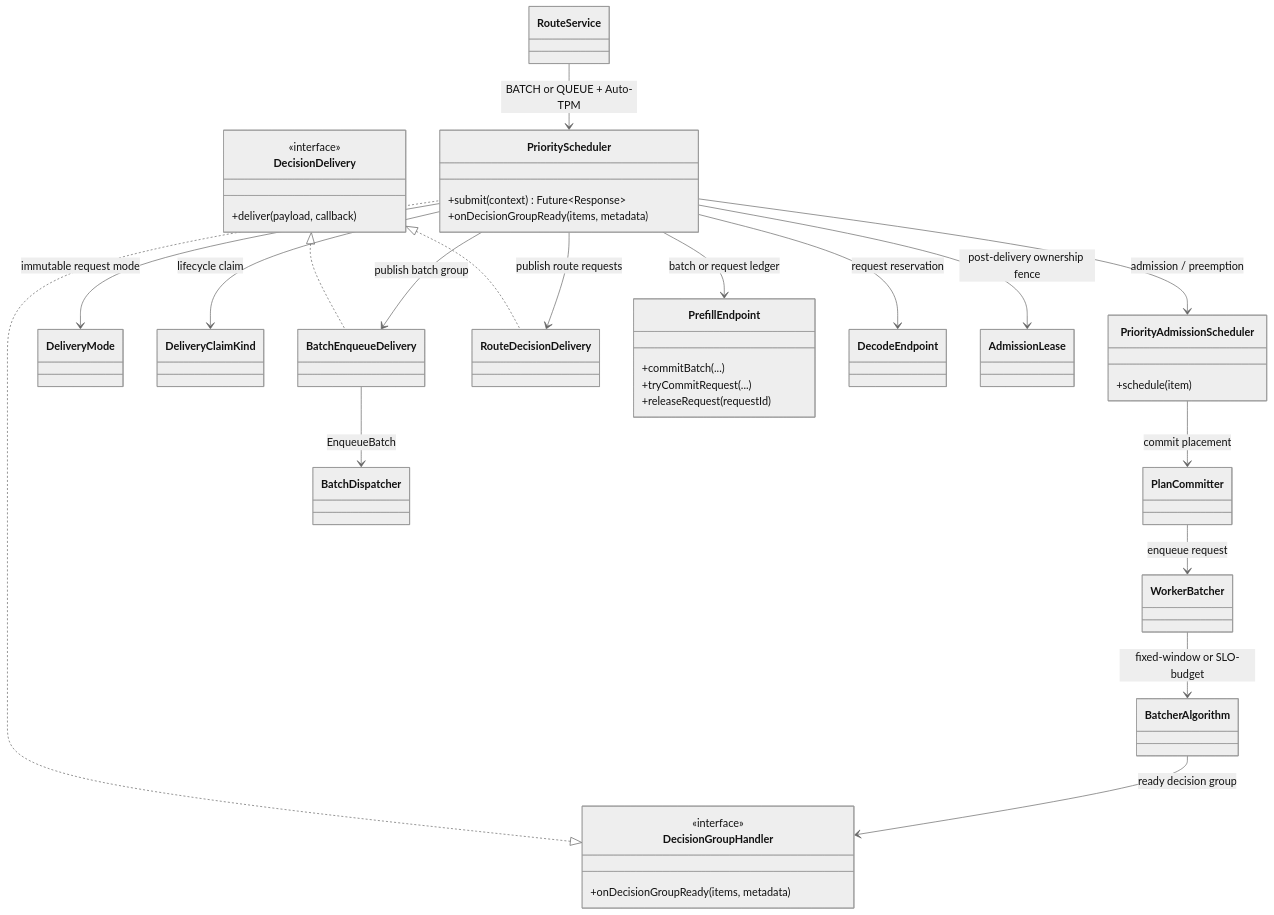
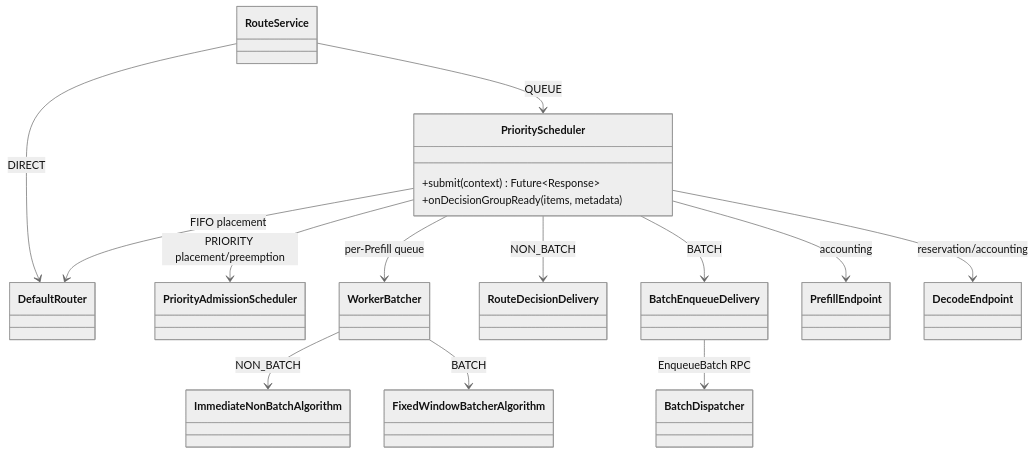
One commit to alibaba/rtp-llm changed the first of 2 diagrams in rtp_llm/flexlb/docs/priority-scheduler-delivery-modes.md. Above: the diagram before and after it, drawn with Mermaid (neutral theme). The commit also changed other lines of this file and 260 other files, not shown here.

````diff
--- a/rtp_llm/flexlb/docs/priority-scheduler-delivery-modes.md
+++ b/rtp_llm/flexlb/docs/priority-scheduler-delivery-modes.md
@@ -20,52 +26,31 @@
 ```mermaid
 classDiagram
     class RouteService
+    class DefaultRouter
     class PriorityScheduler {
         +submit(context) Future~Response~
         +onDecisionGroupReady(items, metadata)
     }
-    class PriorityAdmissionScheduler {
-        +schedule(item)
-    }
-    class PlanCommitter
+    class PriorityAdmissionScheduler
     class WorkerBatcher
-    class BatcherAlgorithm
-    class DecisionGroupHandler {
-        <<interface>>
-        +onDecisionGroupReady(items, metadata)
-    }
-    class DecisionDelivery {
-        <<interface>>
-        +deliver(payload, callback)
-    }
-    class DeliveryMode
-    class DeliveryClaimKind
+    class ImmediateNonBatchAlgorithm
+    class FixedWindowBatcherAlgorithm
+    class RouteDecisionDelivery
     class BatchEnqueueDelivery
-    class RouteDecisionDelivery
     class BatchDispatcher
-    class PrefillEndpoint {
-        +commitBatch(...)
-        +tryCommitRequest(...)
-        +releaseRequest(requestId)
-    }
+    class PrefillEndpoint
     class DecodeEndpoint
-    class AdmissionLease
 
-    RouteService --> PriorityScheduler : BATCH or QUEUE + Auto-TPM
-    PriorityScheduler --> PriorityAdmissionScheduler : admission / preemption
-    PriorityAdmissionScheduler --> PlanCommitter : commit placement
-    PlanCommitter --> WorkerBatcher : enqueue request
-    WorkerBatcher --> BatcherAlgorithm : fixed-window or SLO-budget
-    BatcherAlgorithm --> DecisionGroupHandler : ready decision group
-    DecisionGroupHandler <|.. PriorityScheduler
-    PriorityScheduler --> DeliveryMode : immutable request mode
-    PriorityScheduler --> DeliveryClaimKind : lifecycle claim
-    PriorityScheduler --> BatchEnqueueDelivery : publish batch group
-    PriorityScheduler --> RouteDecisionDelivery : publish route requests
-    DecisionDelivery <|.. BatchEnqueueDelivery
-    DecisionDelivery <|.. RouteDecisionDelivery
-    BatchEnqueueDelivery --> BatchDispatcher : EnqueueBatch
-    PriorityScheduler --> PrefillEndpoint : batch or request ledger
-    PriorityScheduler --> DecodeEndpoint : request reservation
-    PriorityScheduler --> AdmissionLease : post-delivery ownership fence
+    RouteService --> DefaultRouter : DIRECT
+    RouteService --> PriorityScheduler : QUEUE
+    PriorityScheduler --> DefaultRouter : FIFO placement
+    PriorityScheduler --> PriorityAdmissionScheduler : PRIORITY placement/preemption
+    PriorityScheduler --> WorkerBatcher : per-Prefill queue
+    WorkerBatcher --> ImmediateNonBatchAlgorithm : NON_BATCH
+    WorkerBatcher --> FixedWindowBatcherAlgorithm : BATCH
+    PriorityScheduler --> RouteDecisionDelivery : NON_BATCH
+    PriorityScheduler --> BatchEnqueueDelivery : BATCH
+    BatchEnqueueDelivery --> BatchDispatcher : EnqueueBatch RPC
+    PriorityScheduler --> PrefillEndpoint : accounting
+    PriorityScheduler --> DecodeEndpoint : reservation/accounting
 ```
````
